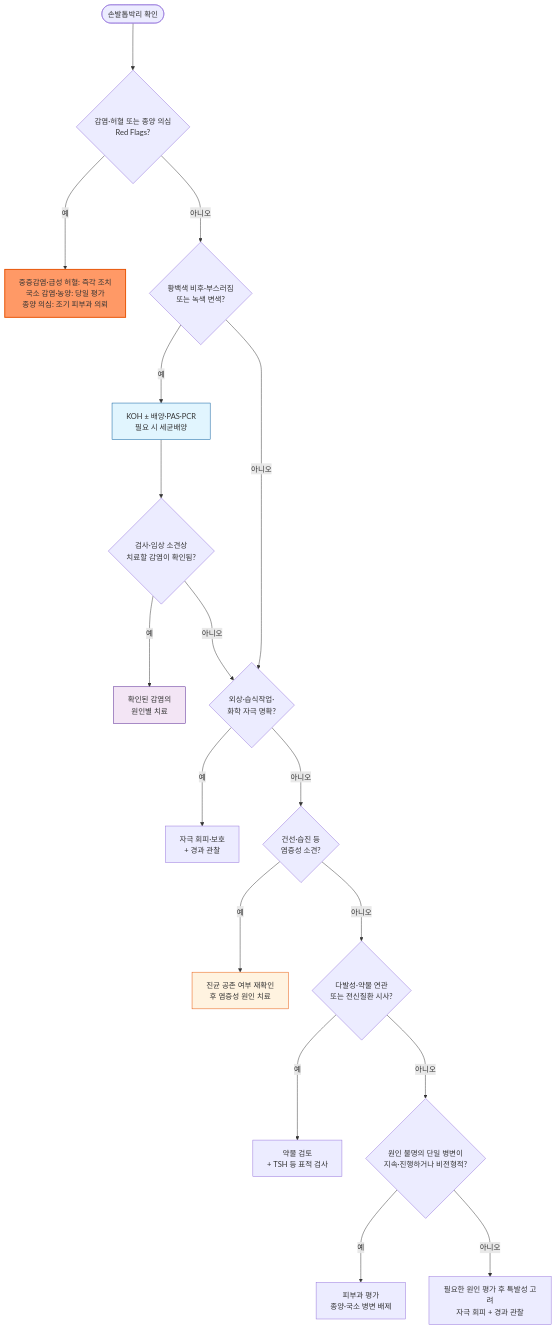
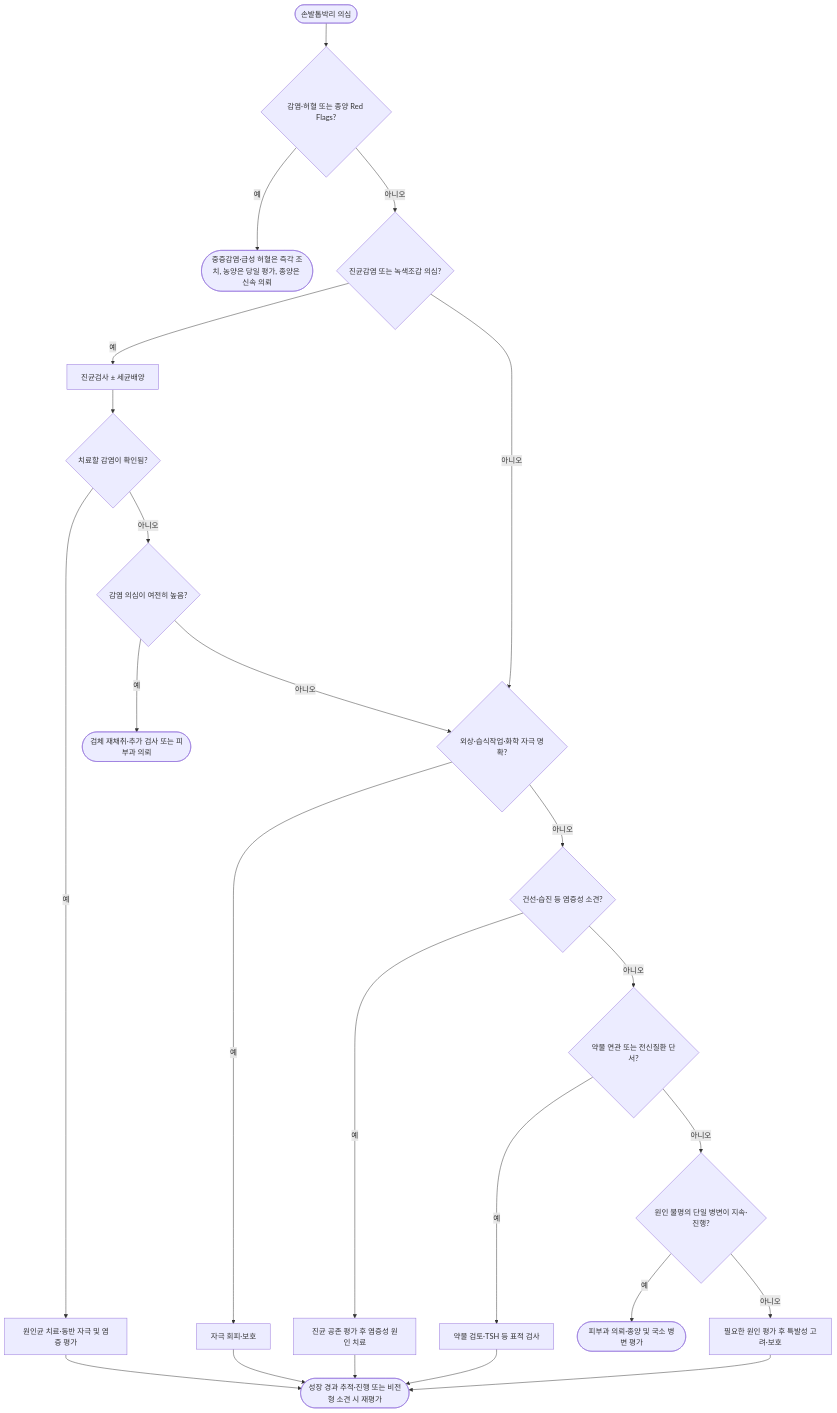
The diagram in 229_/175_-onycholysis.md (familyoh77/familyoh77), drawn with Mermaid before and after one commit. The commit also changed other lines of this file and 10 other files, not shown here.

````diff
--- a/229_/175_-onycholysis.md
+++ b/229_/175_-onycholysis.md
@@ -126,24 +129,26 @@
 ```mermaid
-graph TD
-    A(["손발톱박리 확인"]) ---> B{"감염·허혈 또는 종양 의심<br/>Red Flags?"}
-    B --->|예| C["중증감염·급성 허혈: 즉각 조치<br/>국소 감염·농양: 당일 평가<br/>종양 의심: 조기 피부과 의뢰"]
-    B --->|아니오| D{"황백색 비후·부스러짐<br/>또는 녹색 변색?"}
-    D --->|예| E["KOH ± 배양·PAS·PCR<br/>필요 시 세균배양"]
-    E ---> F{"검사·임상 소견상<br/>치료할 감염이 확인됨?"}
-    F --->|예| N["확인된 감염의<br/>원인별 치료"]
-    F --->|아니오| G
-    D --->|아니오| G{"외상·습식작업·<br/>화학 자극 명확?"}
-    G --->|예| H["자극 회피·보호<br/>+ 경과 관찰"]
-    G --->|아니오| I{"건선·습진 등<br/>염증성 소견?"}
-    I --->|예| J["진균 공존 여부 재확인<br/>후 염증성 원인 치료"]
-    I --->|아니오| K{"다발성·약물 연관<br/>또는 전신질환 시사?"}
-    K --->|예| L["약물 검토<br/>+ TSH 등 표적 검사"]
-    K --->|아니오| Q{"원인 불명의 단일 병변이<br/>지속·진행하거나 비전형적?"}
-    Q --->|예| R["피부과 평가<br/>종양·국소 병변 배제"]
-    Q --->|아니오| M["필요한 원인 평가 후 특발성 고려<br/>자극 회피 + 경과 관찰"]
-
-    style C fill:#f96,stroke:#e65100,stroke-width:2px
-    style E fill:#e1f5fe,stroke:#01579b
-    style N fill:#f3e5f5,stroke:#4a148c
-    style J fill:#fff3e0,stroke:#e65100
+flowchart TD
+    A(["손발톱박리 의심"]) --> B{"감염·허혈 또는 종양 Red Flags?"}
+    B -->|예| C(["중증감염·급성 허혈은 즉각 조치, 농양은 당일 평가, 종양은 신속 의뢰"])
+    B -->|아니오| D{"진균감염 또는 녹색조갑 의심?"}
+    D -->|예| E["진균검사 ± 세균배양"]
+    E --> F{"치료할 감염이 확인됨?"}
+    F -->|예| N["원인균 치료·동반 자극 및 염증 평가"]
+    F -->|아니오| V{"감염 의심이 여전히 높음?"}
+    V -->|예| W(["검체 재채취·추가 검사 또는 피부과 의뢰"])
+    V -->|아니오| G
+    D -->|아니오| G{"외상·습식작업·화학 자극 명확?"}
+    G -->|예| H["자극 회피·보호"]
+    G -->|아니오| I{"건선·습진 등 염증성 소견?"}
+    I -->|예| J["진균 공존 평가 후 염증성 원인 치료"]
+    I -->|아니오| K{"약물 연관 또는 전신질환 단서?"}
+    K -->|예| L["약물 검토·TSH 등 표적 검사"]
+    K -->|아니오| Q{"원인 불명의 단일 병변이 지속·진행?"}
+    Q -->|예| R(["피부과 의뢰·종양 및 국소 병변 평가"])
+    Q -->|아니오| M["필요한 원인 평가 후 특발성 고려·보호"]
+    N --> U(["성장 경과 추적·진행 또는 비전형 소견 시 재평가"])
+    H --> U
+    J --> U
+    L --> U
+    M --> U
 ```
````
